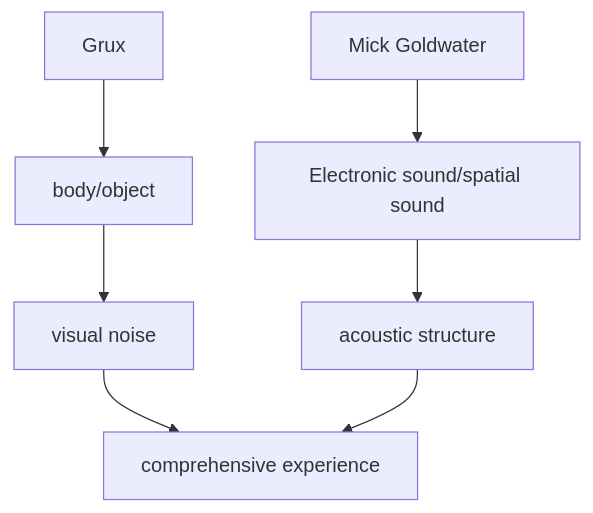
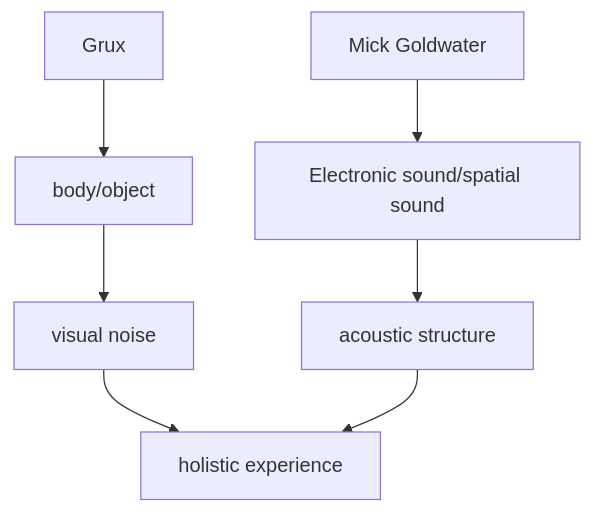
The fourth of 4 diagrams in en/_posts/2026-04-18-column-rubber-o-cement.md (monumental-movement/monumental-movement.github.io), drawn with Mermaid before and after one commit. The commit also changed other lines of this file and 445 other files, not shown here.

```diff
--- a/en/_posts/2026-04-18-column-rubber-o-cement.md
+++ b/en/_posts/2026-04-18-column-rubber-o-cement.md
@@ -154,9 +154,9 @@
 <div class="mermaid">
 graph TD
 A[Grux] --> C[body/object]
 B[Mick Goldwater] --> D[Electronic sound/spatial sound]
 C --> E[visual noise]
 D --> F[acoustic structure]
-E --> G[comprehensive experience]
+E --> G[holistic experience]
 F --> G
 </div>
```
